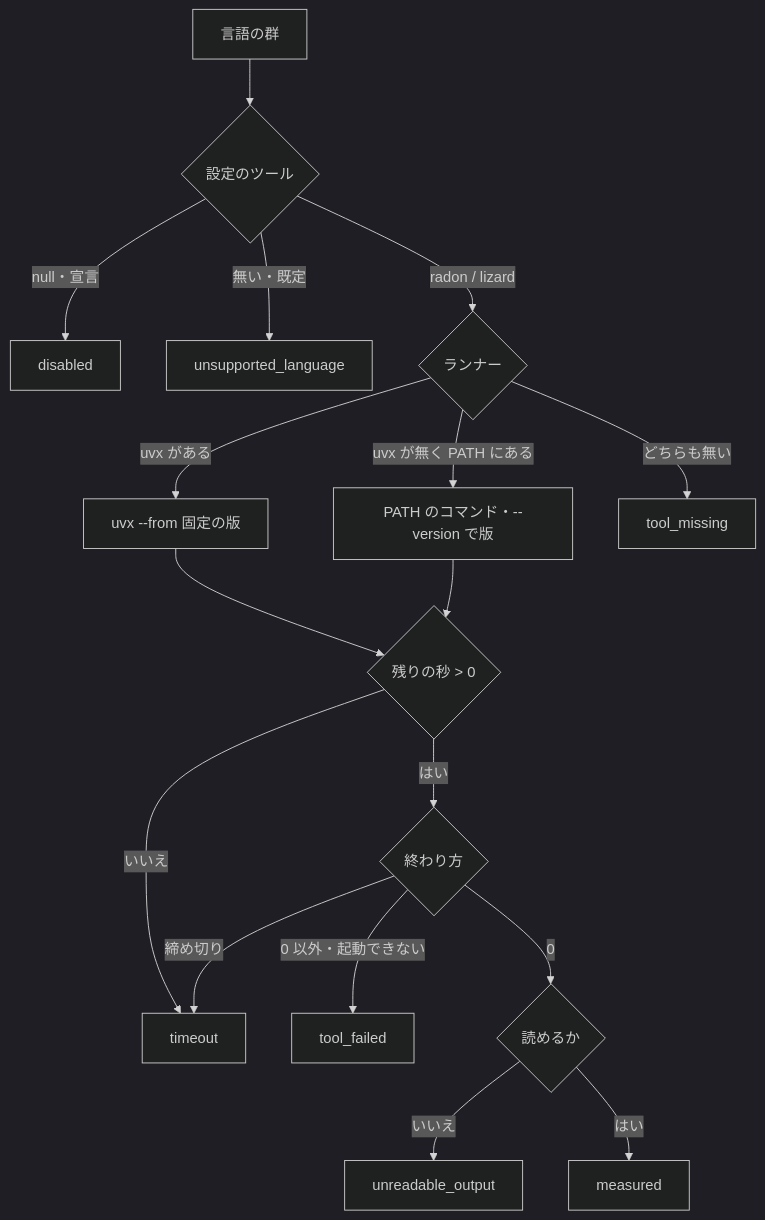
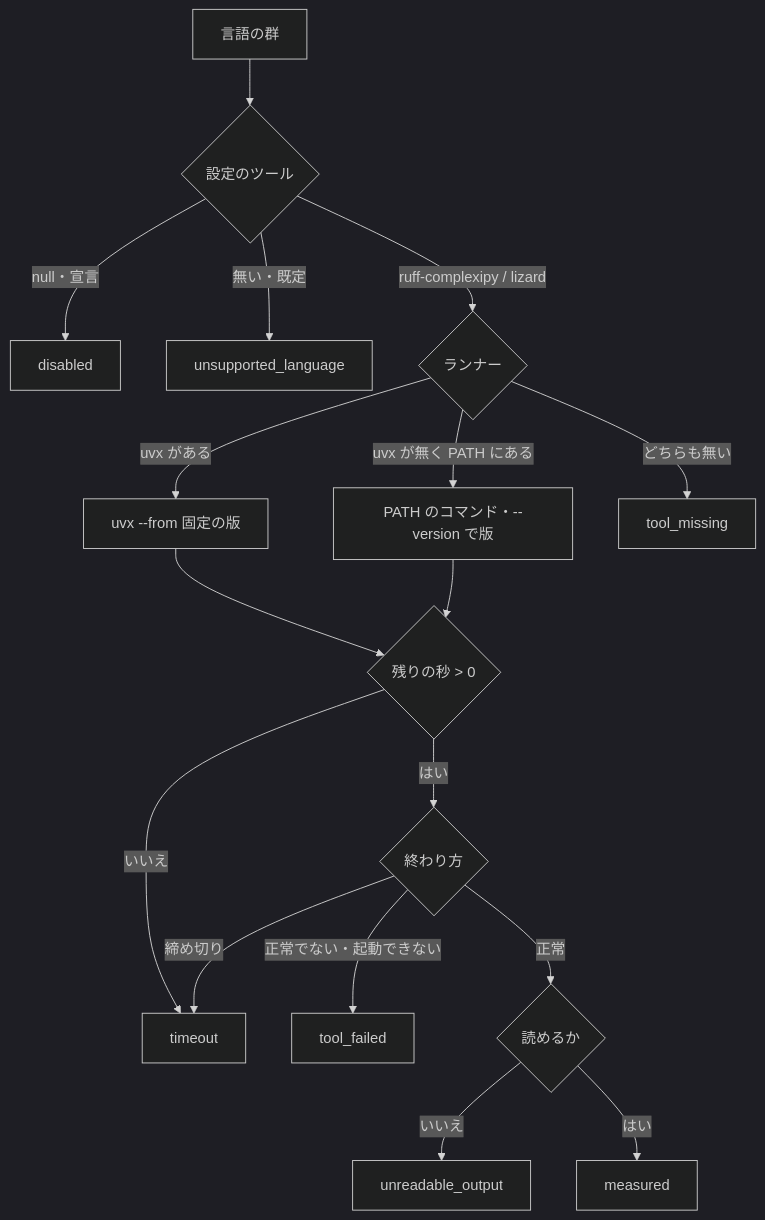
The sixth of 7 diagrams in issues/issue-1319-design.md (devbasex/ai-plugins), drawn with Mermaid (dark theme) before and after one commit. The commit also changed other lines of this file and 3 other files, not shown here.

First line of the commit message:
Update: #1319 の設計で Python の指標を Ruff と complexipy にする

````diff
--- a/issues/issue-1319-design.md
+++ b/issues/issue-1319-design.md
@@ -532,19 +597,19 @@
 ```mermaid
 graph TD
     A[言語の群] --> B{設定のツール}
     B -->|null・宣言| X1[disabled]
     B -->|無い・既定| X2[unsupported_language]
-    B -->|radon / lizard| C{ランナー}
+    B -->|ruff-complexipy / lizard| C{ランナー}
     C -->|uvx がある| E[uvx --from 固定の版]
     C -->|uvx が無く PATH にある| F[PATH のコマンド・--version で版]
     C -->|どちらも無い| X3[tool_missing]
     E --> G{残りの秒 > 0}
     F --> G
     G -->|いいえ| X4[timeout]
     G -->|はい| H{終わり方}
     H -->|締め切り| X4
-    H -->|0 以外・起動できない| X5[tool_failed]
-    H -->|0| I{読めるか}
+    H -->|正常でない・起動できない| X5[tool_failed]
+    H -->|正常| I{読めるか}
     I -->|いいえ| X6[unreadable_output]
     I -->|はい| OK[measured]
 ```
````
